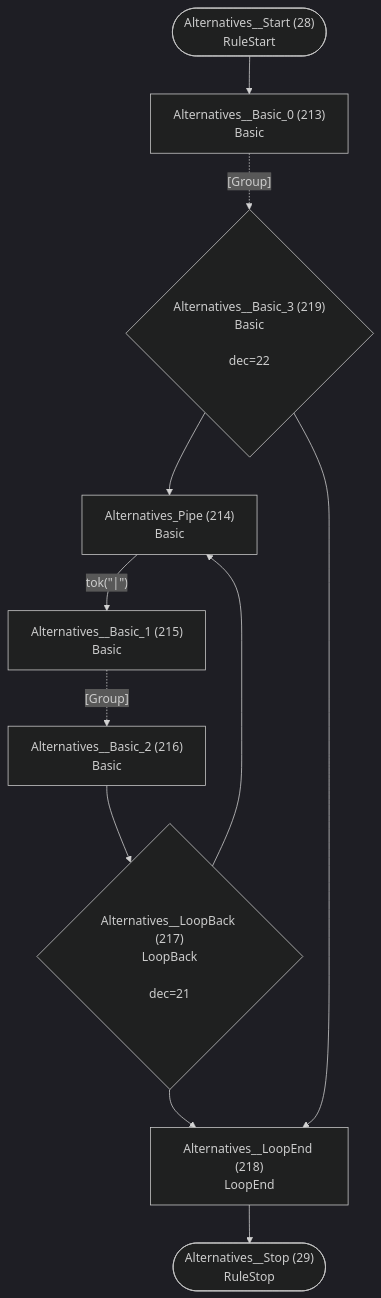
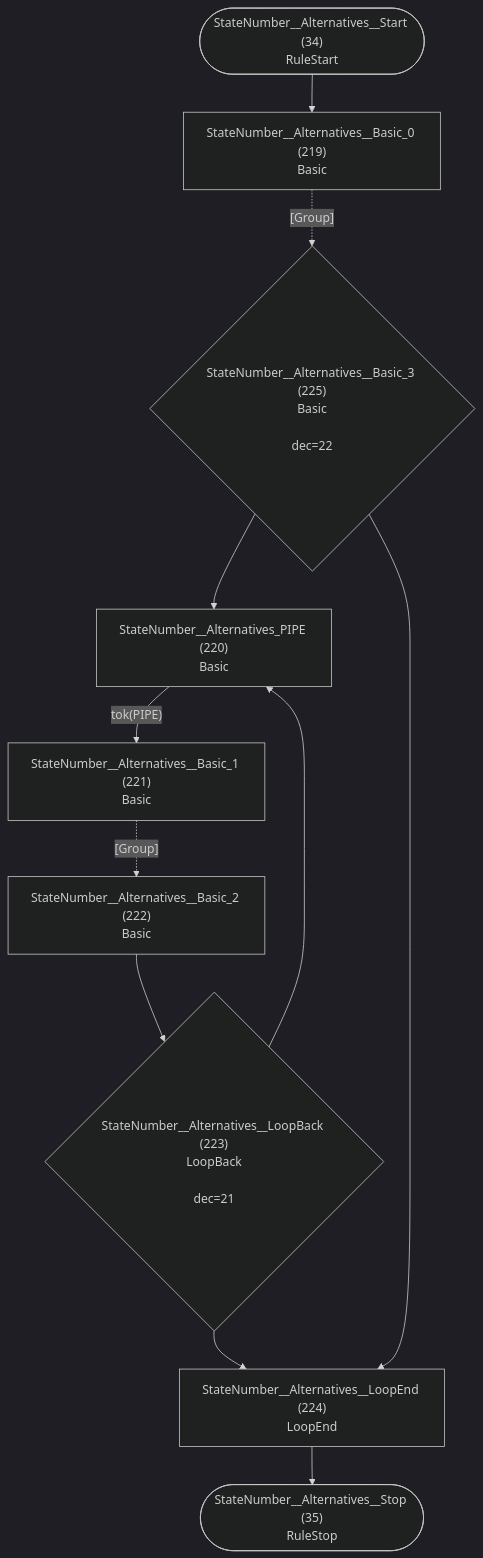
One commit to TypeFox/fastbelt changed diagram 18 of 32 in internal/grammar/atn.md. Above: the diagram before and after it, drawn with Mermaid (dark theme). The commit also changed other lines of this file and 5 other files, not shown here.

````diff
--- a/internal/grammar/atn.md
+++ b/internal/grammar/atn.md
@@ -485,23 +514,23 @@
 ```mermaid
 flowchart TD
-    q28(["Alternatives__Start (28)<br/>RuleStart"])
-    q29(["Alternatives__Stop (29)<br/>RuleStop"])
-    q213["Alternatives__Basic_0 (213)<br/>Basic<br/>"]
-    q214["Alternatives_Pipe (214)<br/>Basic<br/>"]
-    q215["Alternatives__Basic_1 (215)<br/>Basic<br/>"]
-    q216["Alternatives__Basic_2 (216)<br/>Basic<br/>"]
-    q217{"Alternatives__LoopBack (217)<br/>LoopBack<br/><br/>dec=21"}
-    q218["Alternatives__LoopEnd (218)<br/>LoopEnd<br/>"]
-    q219{"Alternatives__Basic_3 (219)<br/>Basic<br/><br/>dec=22"}
+    q34(["StateNumber__Alternatives__Start (34)<br/>RuleStart"])
+    q35(["StateNumber__Alternatives__Stop (35)<br/>RuleStop"])
+    q219["StateNumber__Alternatives__Basic_0 (219)<br/>Basic<br/>"]
+    q220["StateNumber__Alternatives_PIPE (220)<br/>Basic<br/>"]
+    q221["StateNumber__Alternatives__Basic_1 (221)<br/>Basic<br/>"]
+    q222["StateNumber__Alternatives__Basic_2 (222)<br/>Basic<br/>"]
+    q223{"StateNumber__Alternatives__LoopBack (223)<br/>LoopBack<br/><br/>dec=21"}
+    q224["StateNumber__Alternatives__LoopEnd (224)<br/>LoopEnd<br/>"]
+    q225{"StateNumber__Alternatives__Basic_3 (225)<br/>Basic<br/><br/>dec=22"}
 
-    q28 --> q213
-    q213 -.->|"[Group]"| q219
-    q214 -->|"tok(&quot;|&quot;)"| q215
-    q215 -.->|"[Group]"| q216
-    q216 --> q217
-    q217 --> q214
-    q217 --> q218
-    q218 --> q29
-    q219 --> q214
-    q219 --> q218
+    q34 --> q219
+    q219 -.->|"[Group]"| q225
+    q220 -->|"tok(PIPE)"| q221
+    q221 -.->|"[Group]"| q222
+    q222 --> q223
+    q223 --> q220
+    q223 --> q224
+    q224 --> q35
+    q225 --> q220
+    q225 --> q224
 ```
````
